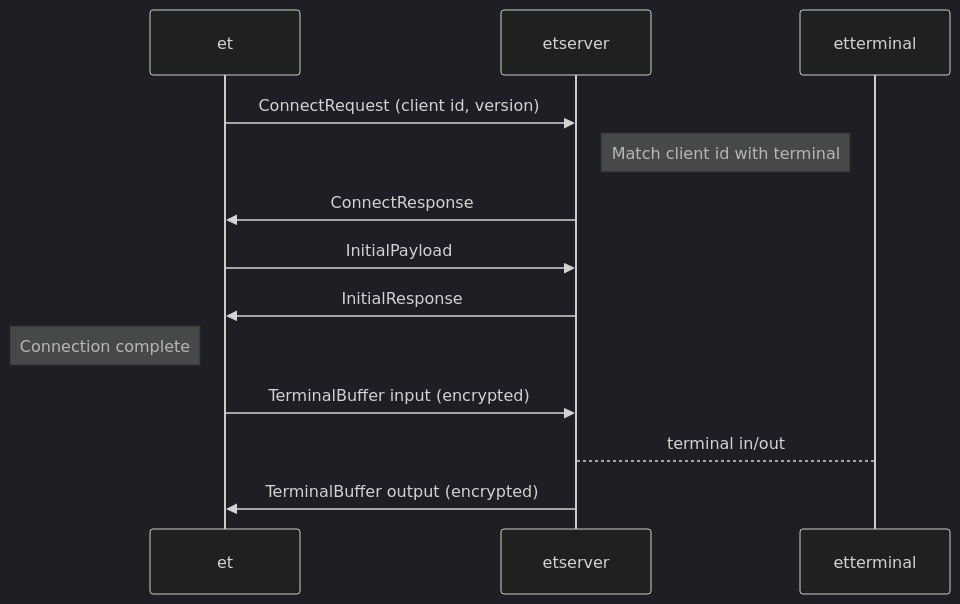
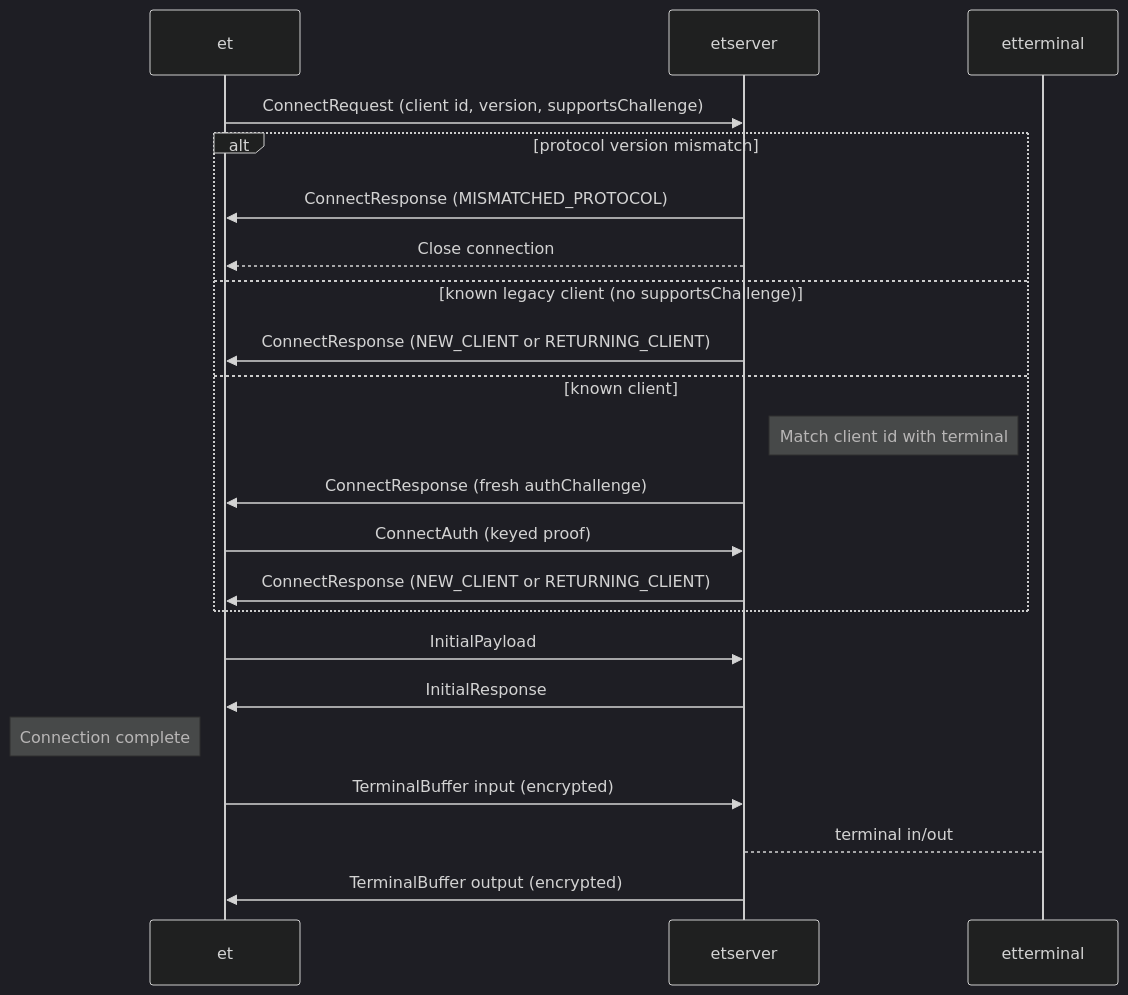
Before and after one commit to MisterTea/EternalTerminal: the second of 5 diagrams in docs/protocol.md, drawn with Mermaid (dark theme). The commit also changed other lines of this file and 64 other files, not shown here.

````diff
--- a/docs/protocol.md
+++ b/docs/protocol.md
@@ -64,19 +64,28 @@
 ```mermaid
 sequenceDiagram
     participant et
     participant etserver
     participant etterminal
     
-    et->>etserver: ConnectRequest (client id, version)
-    Note right of etserver: Match client id with terminal
-    etserver->>et: ConnectResponse
+    et->>etserver: ConnectRequest (client id, version, supportsChallenge)
+    alt protocol version mismatch
+        etserver->>et: ConnectResponse (MISMATCHED_PROTOCOL)
+        etserver-->>et: Close connection
+    else known legacy client (no supportsChallenge)
+        etserver->>et: ConnectResponse (NEW_CLIENT or RETURNING_CLIENT)
+    else known client
+        Note right of etserver: Match client id with terminal
+        etserver->>et: ConnectResponse (fresh authChallenge)
+        et->>etserver: ConnectAuth (keyed proof)
+        etserver->>et: ConnectResponse (NEW_CLIENT or RETURNING_CLIENT)
+    end
 
     et->>etserver: InitialPayload
     etserver->>et: InitialResponse
 
     Note left of et: Connection complete
 
     et->>etserver: TerminalBuffer input (encrypted)
     etserver-->etterminal: terminal in/out
     etserver->>et: TerminalBuffer output (encrypted)
 ```
````
